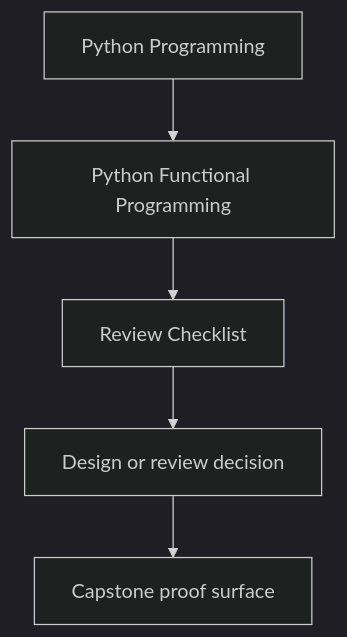
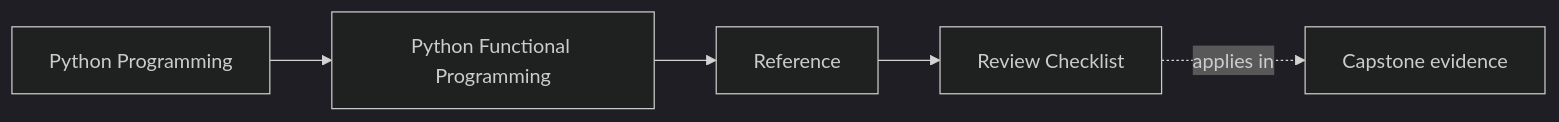
One commit to bijux/bijux-masterclass changed the first of 2 diagrams in programs/python-programming/python-functional-programming/course-book/reference/review-checklist.md. Above: the diagram before and after it, drawn with Mermaid (dark theme). The commit also changed other lines of this file and 108 other files, not shown here.

Commit message:
docs(python-functional-programming): map capstone and advanced design surfaces

````diff
--- a/programs/python-programming/python-functional-programming/course-book/reference/review-checklist.md
+++ b/programs/python-programming/python-functional-programming/course-book/reference/review-checklist.md
@@ -7,7 +7,11 @@
 ```mermaid
-flowchart TD
-  family["Python Programming"] --> program["Python Functional Programming"]
-  program --> reference["Review Checklist"]
-  reference --> review["Design or review decision"]
-  review --> capstone["Capstone proof surface"]
+graph LR
+  family["Python Programming"]
+  program["Python Functional Programming"]
+  section["Reference"]
+  page["Review Checklist"]
+  capstone["Capstone evidence"]
+
+  family --> program --> section --> page
+  page -.applies in.-> capstone
 ```
````
